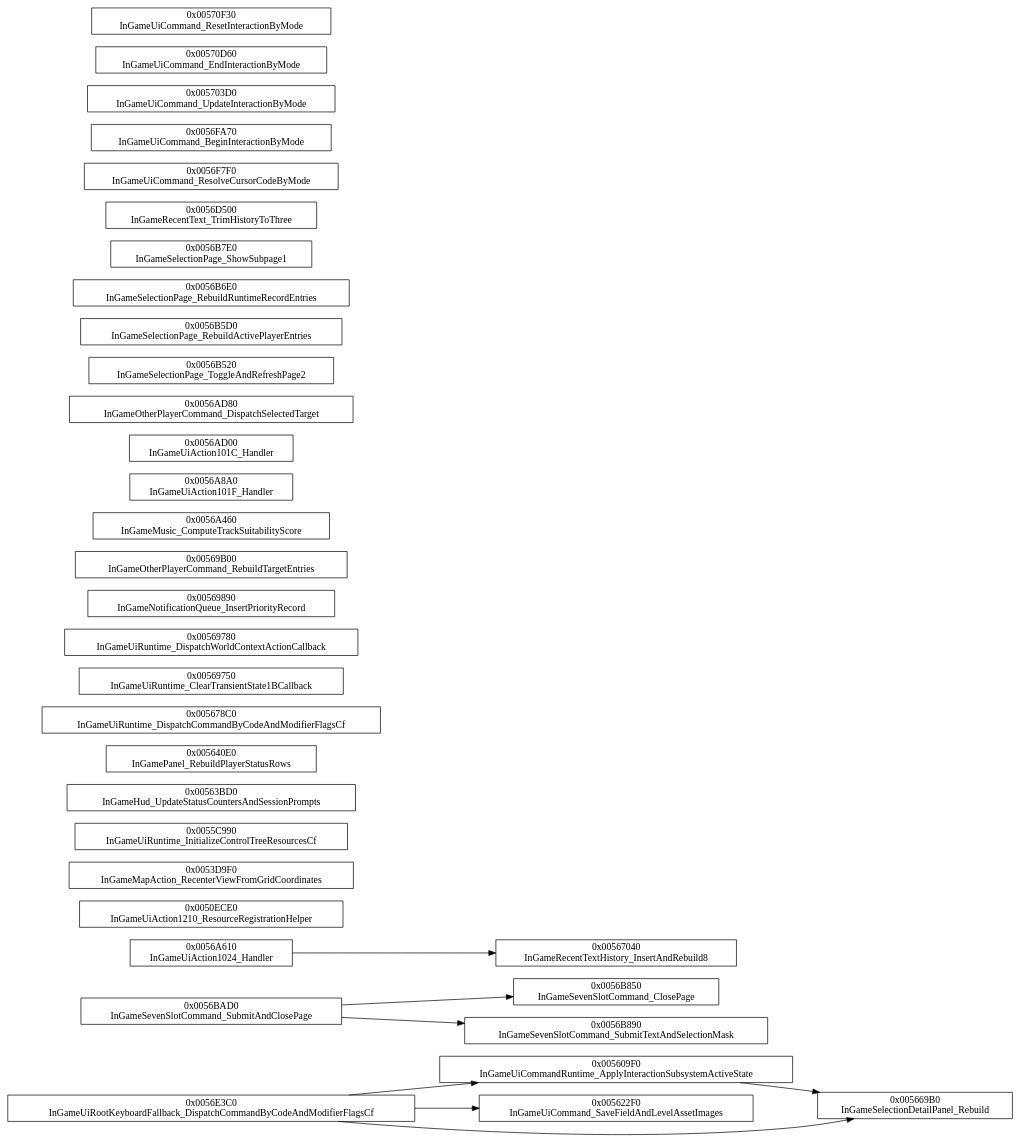
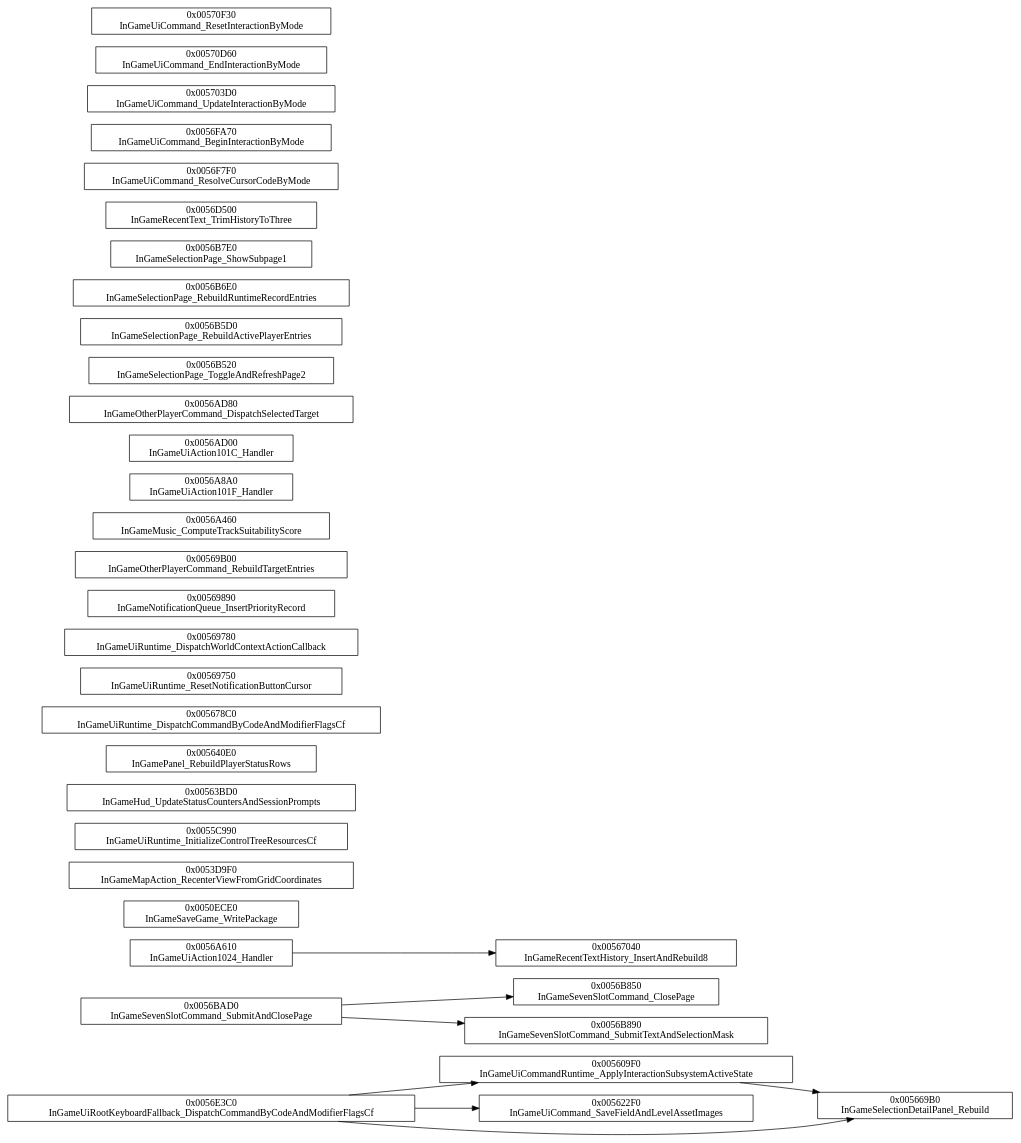
The diagram in docs/callgraphs/ui/ingame/runtime.dot (idkFoxes/open-thandor), drawn with Graphviz before and after one commit. The commit also changed 238 other files, not shown here.

```diff
--- a/docs/callgraphs/ui/ingame/runtime.dot
+++ b/docs/callgraphs/ui/ingame/runtime.dot
@@ -1,44 +1,44 @@
 digraph thandor {
   rankdir=LR;
   node [shape=box];
   "InGameUiRootKeyboardFallback_DispatchCommandByCodeAndModifierFlags" [label="0x0056E3C0\nInGameUiRootKeyboardFallback_DispatchCommandByCodeAndModifierFlagsCf"];
   "InGameSevenSlotCommand_SubmitAndClosePage" [label="0x0056BAD0\nInGameSevenSlotCommand_SubmitAndClosePage"];
   "InGameUiAction1024_Handler" [label="0x0056A610\nInGameUiAction1024_Handler"];
-  "InGameUiAction1210_ResourceRegistrationHelper" [label="0x0050ECE0\nInGameUiAction1210_ResourceRegistrationHelper"];
+  "InGameSaveGame_WritePackage" [label="0x0050ECE0\nInGameSaveGame_WritePackage"];
   "InGameMapAction_RecenterViewFromGridCoordinates" [label="0x0053D9F0\nInGameMapAction_RecenterViewFromGridCoordinates"];
   "InGameUiRuntime_InitializeControlTreeResources" [label="0x0055C990\nInGameUiRuntime_InitializeControlTreeResourcesCf"];
   "InGameHud_UpdateStatusCountersAndSessionPrompts" [label="0x00563BD0\nInGameHud_UpdateStatusCountersAndSessionPrompts"];
   "InGamePanel_RebuildPlayerStatusRows" [label="0x005640E0\nInGamePanel_RebuildPlayerStatusRows"];
   "InGameUiRuntime_DispatchCommandByCodeAndModifierFlags" [label="0x005678C0\nInGameUiRuntime_DispatchCommandByCodeAndModifierFlagsCf"];
-  "InGameUiRuntime_ClearTransientState1BCallback" [label="0x00569750\nInGameUiRuntime_ClearTransientState1BCallback"];
+  "InGameUiRuntime_ResetNotificationButtonCursor" [label="0x00569750\nInGameUiRuntime_ResetNotificationButtonCursor"];
   "InGameUiRuntime_DispatchWorldContextActionCallback" [label="0x00569780\nInGameUiRuntime_DispatchWorldContextActionCallback"];
   "InGameNotificationQueue_InsertPriorityRecord" [label="0x00569890\nInGameNotificationQueue_InsertPriorityRecord"];
   "InGameOtherPlayerCommand_RebuildTargetEntries" [label="0x00569B00\nInGameOtherPlayerCommand_RebuildTargetEntries"];
   "InGameMusic_ComputeTrackSuitabilityScore" [label="0x0056A460\nInGameMusic_ComputeTrackSuitabilityScore"];
   "InGameUiAction101F_Handler" [label="0x0056A8A0\nInGameUiAction101F_Handler"];
   "InGameUiAction101C_Handler" [label="0x0056AD00\nInGameUiAction101C_Handler"];
   "InGameOtherPlayerCommand_DispatchSelectedTarget" [label="0x0056AD80\nInGameOtherPlayerCommand_DispatchSelectedTarget"];
   "InGameSelectionPage_ToggleAndRefreshPage2" [label="0x0056B520\nInGameSelectionPage_ToggleAndRefreshPage2"];
   "InGameSelectionPage_RebuildActivePlayerEntries" [label="0x0056B5D0\nInGameSelectionPage_RebuildActivePlayerEntries"];
   "InGameSelectionPage_RebuildRuntimeRecordEntries" [label="0x0056B6E0\nInGameSelectionPage_RebuildRuntimeRecordEntries"];
   "InGameSelectionPage_ShowSubpage1" [label="0x0056B7E0\nInGameSelectionPage_ShowSubpage1"];
   "InGameRecentText_TrimHistoryToThree" [label="0x0056D500\nInGameRecentText_TrimHistoryToThree"];
   "InGameUiCommand_ResolveCursorCodeByMode" [label="0x0056F7F0\nInGameUiCommand_ResolveCursorCodeByMode"];
   "InGameUiCommand_BeginInteractionByMode" [label="0x0056FA70\nInGameUiCommand_BeginInteractionByMode"];
   "InGameUiCommand_UpdateInteractionByMode" [label="0x005703D0\nInGameUiCommand_UpdateInteractionByMode"];
   "InGameUiCommand_EndInteractionByMode" [label="0x00570D60\nInGameUiCommand_EndInteractionByMode"];
   "InGameUiCommand_ResetInteractionByMode" [label="0x00570F30\nInGameUiCommand_ResetInteractionByMode"];
   "InGameUiCommandRuntime_ApplyInteractionSubsystemActiveState" [label="0x005609F0\nInGameUiCommandRuntime_ApplyInteractionSubsystemActiveState"];
   "InGameUiCommand_SaveFieldAndLevelAssetImages" [label="0x005622F0\nInGameUiCommand_SaveFieldAndLevelAssetImages"];
   "InGameRecentTextHistory_InsertAndRebuild8" [label="0x00567040\nInGameRecentTextHistory_InsertAndRebuild8"];
   "InGameSevenSlotCommand_ClosePage" [label="0x0056B850\nInGameSevenSlotCommand_ClosePage"];
   "InGameSevenSlotCommand_SubmitTextAndSelectionMask" [label="0x0056B890\nInGameSevenSlotCommand_SubmitTextAndSelectionMask"];
   "InGameSelectionDetailPanel_Rebuild" [label="0x005669B0\nInGameSelectionDetailPanel_Rebuild"];
   "InGameUiRootKeyboardFallback_DispatchCommandByCodeAndModifierFlags" -> "InGameUiCommand_SaveFieldAndLevelAssetImages";
   "InGameUiRootKeyboardFallback_DispatchCommandByCodeAndModifierFlags" -> "InGameUiCommandRuntime_ApplyInteractionSubsystemActiveState";
   "InGameUiRootKeyboardFallback_DispatchCommandByCodeAndModifierFlags" -> "InGameSelectionDetailPanel_Rebuild";
   "InGameSevenSlotCommand_SubmitAndClosePage" -> "InGameSevenSlotCommand_SubmitTextAndSelectionMask";
   "InGameSevenSlotCommand_SubmitAndClosePage" -> "InGameSevenSlotCommand_ClosePage";
   "InGameUiAction1024_Handler" -> "InGameRecentTextHistory_InsertAndRebuild8";
   "InGameUiCommandRuntime_ApplyInteractionSubsystemActiveState" -> "InGameSelectionDetailPanel_Rebuild";
 }
```
